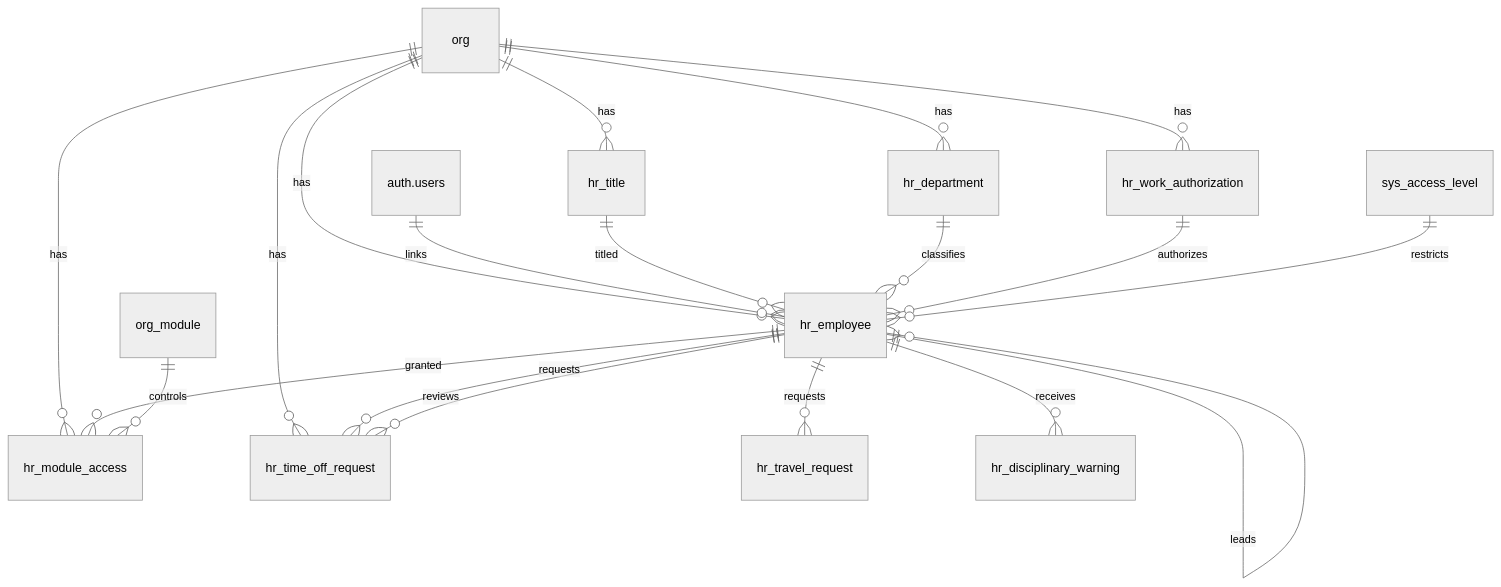
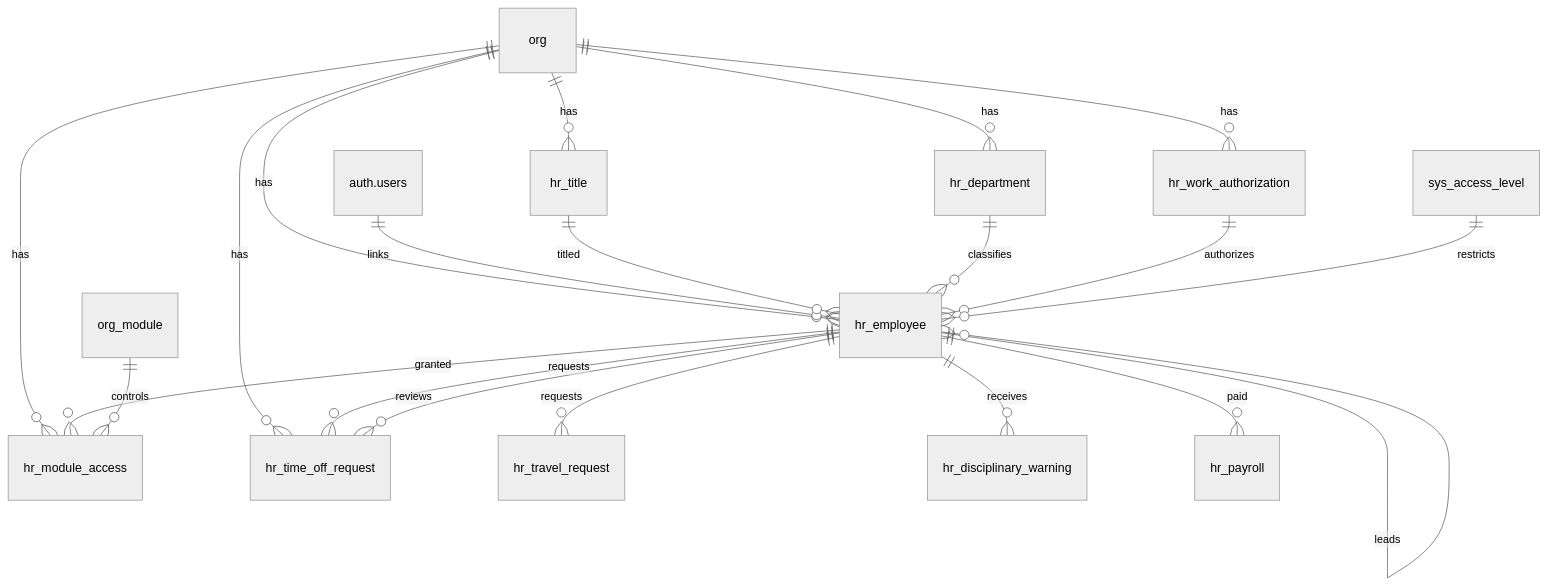
Before and after one commit to Hawaii-Farming/aloha-app: the diagram in docs/schemas/20260326_04_hr.md, drawn with Mermaid (neutral theme). The commit also changed other lines of this file and 62 other files, not shown here.

````diff
--- a/docs/schemas/20260326_04_hr.md
+++ b/docs/schemas/20260326_04_hr.md
@@ -9,21 +9,22 @@
 ```mermaid
 erDiagram
     org ||--o{ hr_department : has
     org ||--o{ hr_work_authorization : has
     org ||--o{ hr_title : has
     org ||--o{ hr_employee : has
     auth.users ||--o{ hr_employee : links
     hr_employee ||--o{ hr_employee : leads
     hr_title ||--o{ hr_employee : titled
     hr_department ||--o{ hr_employee : classifies
     hr_work_authorization ||--o{ hr_employee : authorizes
     sys_access_level ||--o{ hr_employee : restricts
     org ||--o{ hr_module_access : has
     hr_employee ||--o{ hr_module_access : granted
     org_module ||--o{ hr_module_access : controls
     org ||--o{ hr_time_off_request : has
     hr_employee ||--o{ hr_time_off_request : requests
     hr_employee ||--o{ hr_time_off_request : reviews
     hr_employee ||--o{ hr_travel_request : requests
     hr_employee ||--o{ hr_disciplinary_warning : receives
+    hr_employee ||--o{ hr_payroll : paid
 ```
````
